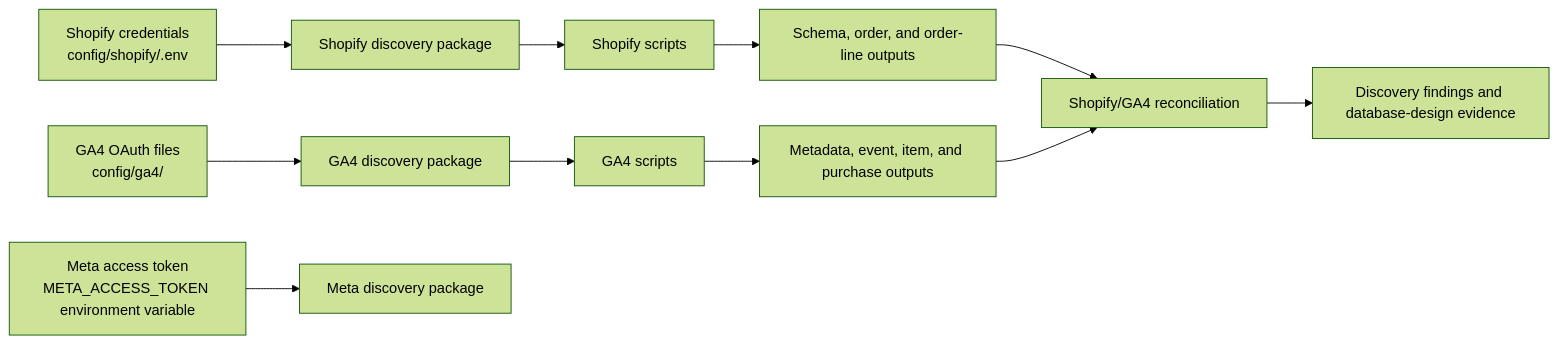
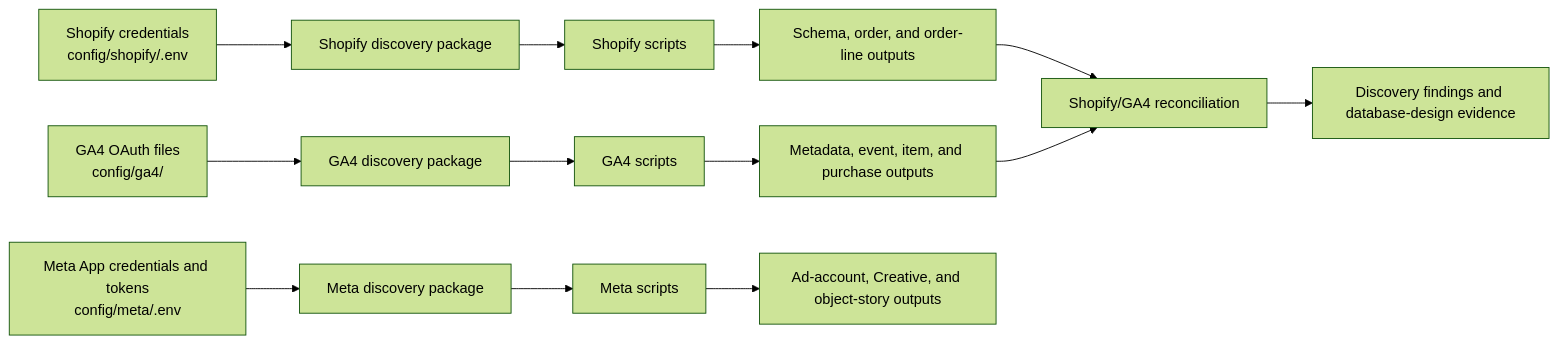
Before and after one commit to Mon711/product-intelligence-discovery: the diagram in README.md, drawn with Mermaid (forest theme). The commit also changed other lines of this file and 4 other files, not shown here.

Commit message:
WIP: preserve incomplete Meta Ads discovery and permission failures

````diff
--- a/README.md
+++ b/README.md
@@ -144,13 +145,15 @@
 ```mermaid
 flowchart LR
     SC["Shopify credentials<br/>config/shopify/.env"] --> SP["Shopify discovery package"]
     GC["GA4 OAuth files<br/>config/ga4/"] --> GP["GA4 discovery package"]
-    MC["Meta access token<br/>META_ACCESS_TOKEN environment variable"] --> MP["Meta discovery package"]
+    MC["Meta App credentials and tokens<br/>config/meta/.env"] --> MP["Meta discovery package"]
     SP --> SS["Shopify scripts"]
     GP --> GS["GA4 scripts"]
+    MP --> MS["Meta scripts"]
     SS --> SO["Schema, order, and order-line outputs"]
     GS --> GO["Metadata, event, item, and purchase outputs"]
+    MS --> MO["Ad-account, Creative, and object-story outputs"]
     SO --> R["Shopify/GA4 reconciliation"]
     GO --> R
     R --> E["Discovery findings and database-design evidence"]
 ```
````
